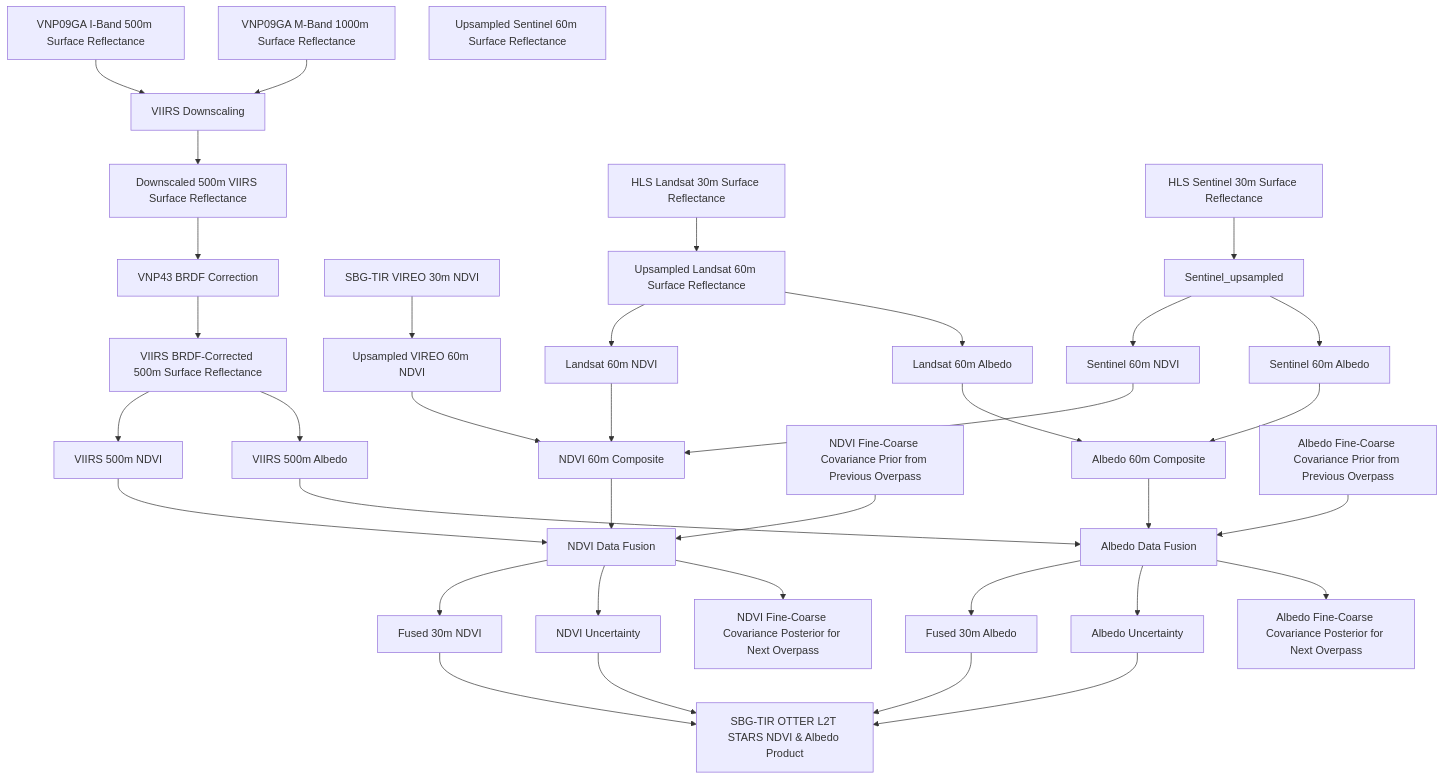
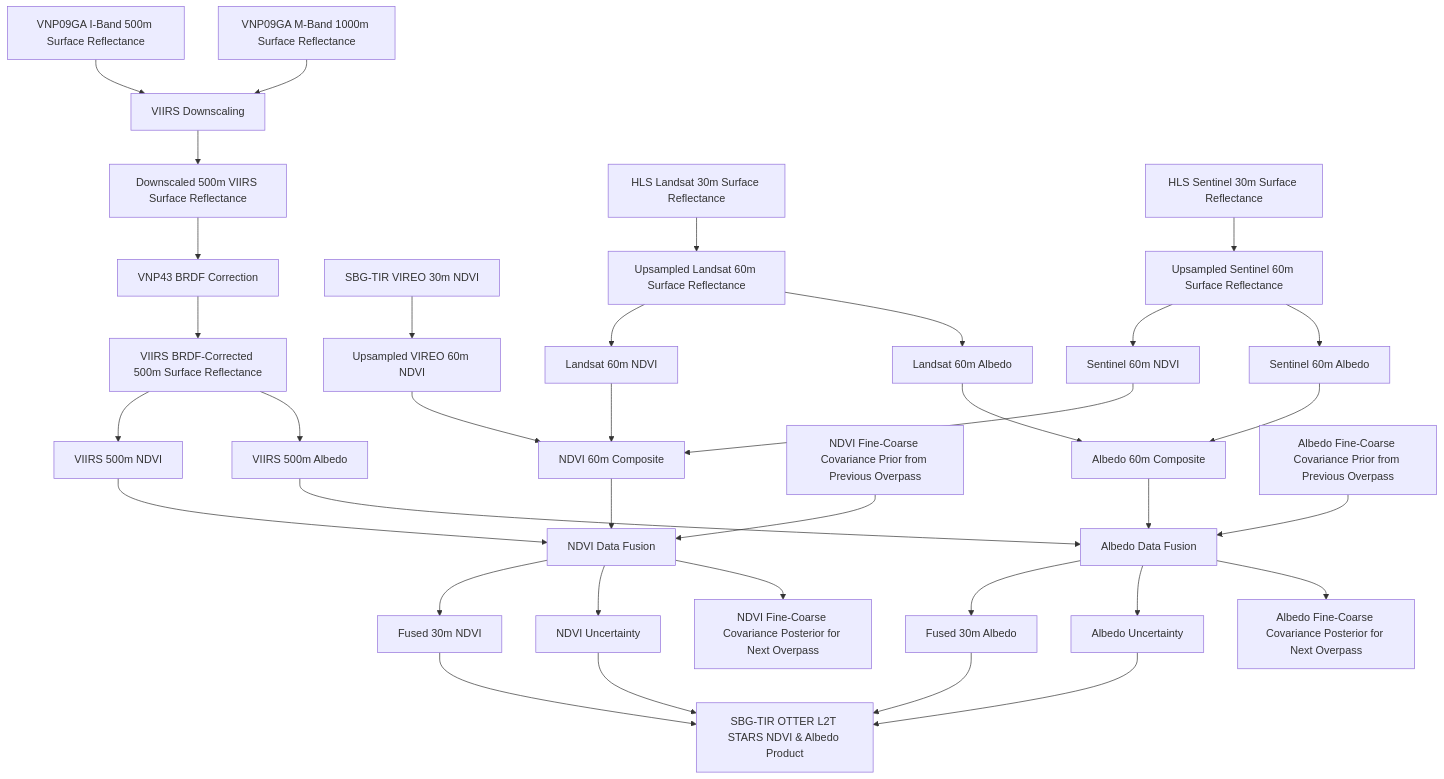
Before and after one commit to sbg-tir/SBG-TIR-L2-STARS: the diagram in README.md, drawn with Mermaid.

````diff
--- a/README.md
+++ b/README.md
@@ -61,80 +61,80 @@
 ```mermaid
 flowchart TB
     VNP09GA_I[VNP09GA I-Band 500m Surface Reflectance]
     VNP09GA_M[VNP09GA M-Band 1000m Surface Reflectance]
     VIIRS_downscaling[VIIRS Downscaling]
     VNP09GA_downscaled[Downscaled 500m VIIRS Surface Reflectance]
     VNP43_BRDF[VNP43 BRDF Correction]
     VIIRS_corrected[VIIRS BRDF-Corrected 500m Surface Reflectance]
     VIIRS_NDVI[VIIRS 500m NDVI]
     VIIRS_albedo[VIIRS 500m Albedo]
 
     VIREO_NDVI[SBG-TIR VIREO 30m NDVI]
     VIREO_upsampled[Upsampled VIREO 60m NDVI]
 
     Landsat_reflectance[HLS Landsat 30m Surface Reflectance]
     Landsat_upsampled[Upsampled Landsat 60m Surface Reflectance]
     Landsat_NDVI[Landsat 60m NDVI]
     Sentinel_reflectance[HLS Sentinel 30m Surface Reflectance]
-    Sentenel_upsampled[Upsampled Sentinel 60m Surface Reflectance]
+    Sentinel_upsampled[Upsampled Sentinel 60m Surface Reflectance]
     Sentinel_NDVI[Sentinel 60m NDVI]
     fine_NDVI_input[NDVI 60m Composite]
     NDVI_covariance_prior[NDVI Fine-Coarse Covariance Prior from Previous Overpass]
     NDVI_covariance_posterior[NDVI Fine-Coarse Covariance Posterior for Next Overpass]
     NDVI_data_fusion[NDVI Data Fusion]
     fine_NDVI_output[Fused 30m NDVI]
     fine_NDVI_uncertainty[NDVI Uncertainty]
 
     Landsat_albedo[Landsat 60m Albedo]
     Sentinel_albedo[Sentinel 60m Albedo]
     fine_albedo_input[Albedo 60m Composite]
     albedo_covariance_prior[Albedo Fine-Coarse Covariance Prior from Previous Overpass]
     albedo_covariance_posterior[Albedo Fine-Coarse Covariance Posterior for Next Overpass]
     albedo_data_fusion[Albedo Data Fusion]
     fine_albedo_output[Fused 30m Albedo]
     fine_albedo_uncertainty[Albedo Uncertainty]
 
     SBG_L2T_STARS[SBG-TIR OTTER L2T STARS NDVI & Albedo Product]
     
     VNP09GA_I --> VIIRS_downscaling
     VNP09GA_M --> VIIRS_downscaling
     VIIRS_downscaling --> VNP09GA_downscaled
     VNP09GA_downscaled --> VNP43_BRDF
     VNP43_BRDF --> VIIRS_corrected
     VIIRS_corrected --> VIIRS_NDVI
     VIIRS_corrected --> VIIRS_albedo
 
     VIREO_NDVI --> VIREO_upsampled
     Landsat_reflectance --> Landsat_upsampled
     Sentinel_reflectance --> Sentinel_upsampled
 
     Landsat_upsampled --> Landsat_NDVI
     Sentinel_upsampled --> Sentinel_NDVI
 
     Landsat_upsampled --> Landsat_albedo
     Sentinel_upsampled --> Sentinel_albedo
 
     VIREO_upsampled --> fine_NDVI_input
     Landsat_NDVI --> fine_NDVI_input
     Sentinel_NDVI --> fine_NDVI_input
     fine_NDVI_input --> NDVI_data_fusion
     VIIRS_NDVI --> NDVI_data_fusion
     NDVI_covariance_prior --> NDVI_data_fusion
     NDVI_data_fusion --> fine_NDVI_output
     NDVI_data_fusion --> fine_NDVI_uncertainty
     NDVI_data_fusion --> NDVI_covariance_posterior
 
     Landsat_albedo --> fine_albedo_input
     Sentinel_albedo --> fine_albedo_input
     fine_albedo_input --> albedo_data_fusion
     VIIRS_albedo --> albedo_data_fusion
     albedo_covariance_prior --> albedo_data_fusion
     albedo_data_fusion --> fine_albedo_output
     albedo_data_fusion --> fine_albedo_uncertainty
     albedo_data_fusion --> albedo_covariance_posterior
 
     fine_NDVI_output --> SBG_L2T_STARS
     fine_NDVI_uncertainty --> SBG_L2T_STARS
     fine_albedo_output --> SBG_L2T_STARS
     fine_albedo_uncertainty --> SBG_L2T_STARS
 ```
````
